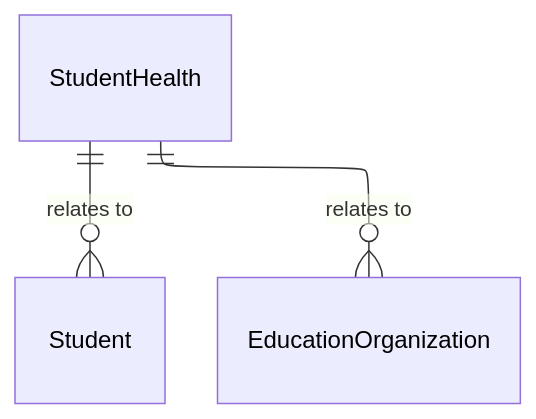
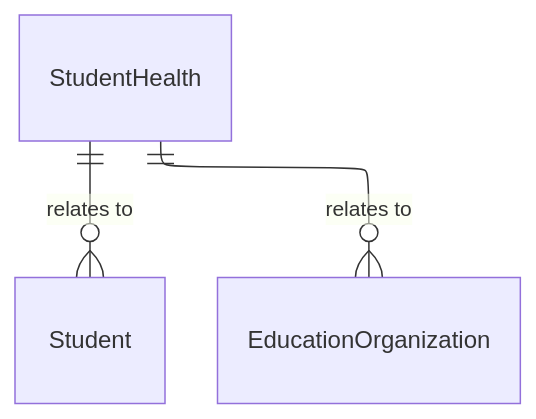
One commit to Ed-Fi-Alliance-OSS/ed-fi-alliance-oss.github.io changed the diagram in dataStandard_versioned_docs/version-6/model-reference/student-health-domain/model-diagrams.md. Above: the diagram before and after it, drawn with Mermaid. The commit also changed 24 other files, not shown here.

````diff
--- a/dataStandard_versioned_docs/version-6/model-reference/student-health-domain/model-diagrams.md
+++ b/dataStandard_versioned_docs/version-6/model-reference/student-health-domain/model-diagrams.md
@@ -34,18 +34,15 @@
 ```mermaid
 ---
 config:
   layout: elk
 ---
 erDiagram
     Student {
     }
     StudentHealth {
     }
     EducationOrganization {
     }
     StudentHealth ||--o{ Student : "relates to"
     StudentHealth ||--o{ EducationOrganization : "relates to"
-    style Student color:#000000
-    style StudentHealth color:#000000
-    style EducationOrganization color:#000000
 ```
````
